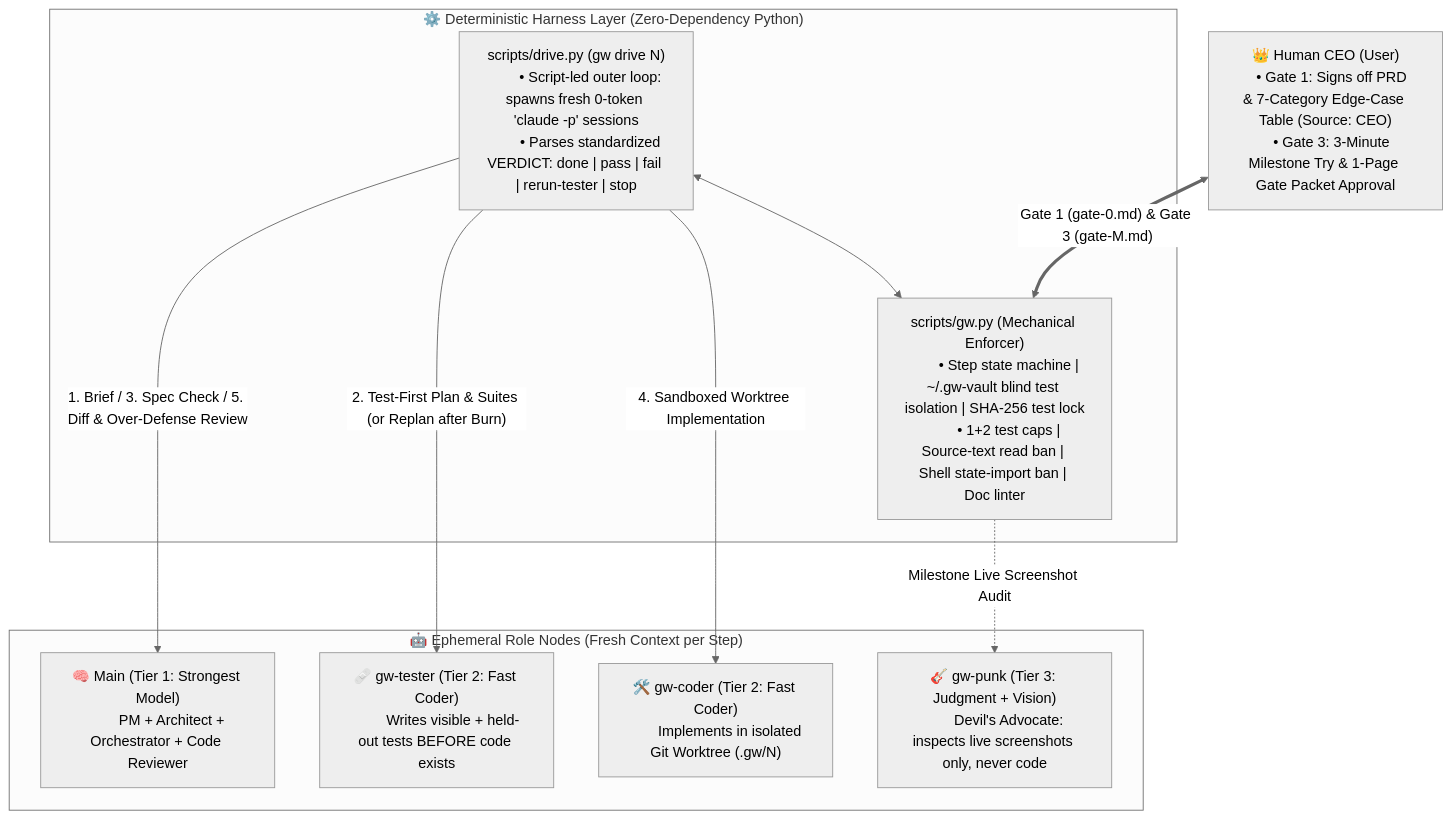
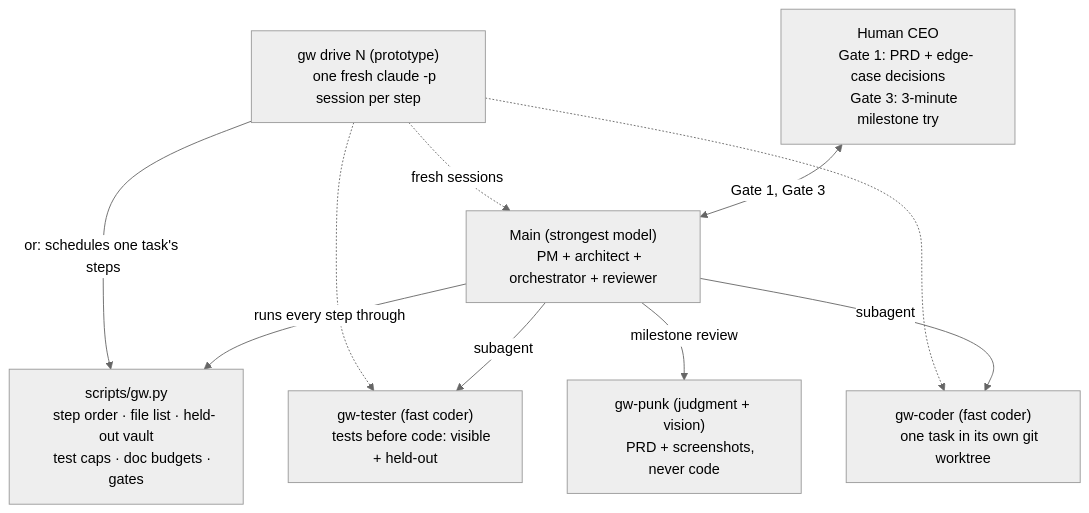
The diagram in README.md (Ramirez0291/graph-workflow), drawn with Mermaid (neutral theme) before and after one commit. The commit also changed other lines of this file and 3 other files, not shown here.

````diff
--- a/README.md
+++ b/README.md
@@ -30,33 +31,29 @@
 ```mermaid
 flowchart TD
-    CEO["👑 Human CEO (User)
-    • Gate 1: Signs off PRD & 7-Category Edge-Case Table (Source: CEO)
-    • Gate 3: 3-Minute Milestone Try & 1-Page Gate Packet Approval"]
+    CEO["Human CEO
+    Gate 1: PRD + edge-case decisions
+    Gate 3: 3-minute milestone try"]
+    Main["Main (strongest model)
+    PM + architect + orchestrator + reviewer"]
+    GW["scripts/gw.py
+    step order · file list · held-out vault
+    test caps · doc budgets · gates"]
+    Drive["gw drive N (prototype)
+    one fresh claude -p session per step"]
+    Tester["gw-tester (fast coder)
+    tests before code: visible + held-out"]
+    Coder["gw-coder (fast coder)
+    one task in its own git worktree"]
+    Punk["gw-punk (judgment + vision)
+    PRD + screenshots, never code"]
 
-    subgraph DeterministicEngine["⚙️ Deterministic Harness Layer (Zero-Dependency Python)"]
-        Drive["scripts/drive.py (gw drive N)
-        • Script-led outer loop: spawns fresh 0-token 'claude -p' sessions
-        • Parses standardized VERDICT: done | pass | fail | rerun-tester | stop"]
-        GW["scripts/gw.py (Mechanical Enforcer)
-        • Step state machine | ~/.gw-vault blind test isolation | SHA-256 test lock
-        • 1+2 test caps | Source-text read ban | Shell state-import ban | Doc linter"]
-    end
-
-    subgraph Agents["🤖 Ephemeral Role Nodes (Fresh Context per Step)"]
-        Main["🧠 Main (Tier 1: Strongest Model)
-        PM + Architect + Orchestrator + Code Reviewer"]
-        Tester["🩹 gw-tester (Tier 2: Fast Coder)
-        Writes visible + held-out tests BEFORE code exists"]
-        Coder["🛠️ gw-coder (Tier 2: Fast Coder)
-        Implements in isolated Git Worktree (<repo>.gw/N)"]
-        Punk["🎸 gw-punk (Tier 3: Judgment + Vision)
-        Devil's Advocate: inspects live screenshots only, never code"]
-    end
-
-    CEO <== "Gate 1 (gate-0.md) & Gate 3 (gate-M.md)" ==> GW
-    Drive <--> GW
-    Drive -- "1. Brief / 3. Spec Check / 5. Diff & Over-Defense Review" --> Main
-    Drive -- "2. Test-First Plan & Suites (or Replan after Burn)" --> Tester
-    Drive -- "4. Sandboxed Worktree Implementation" --> Coder
-    GW -. "Milestone Live Screenshot Audit" .-> Punk
+    CEO <-->|"Gate 1, Gate 3"| Main
+    Main -->|"runs every step through"| GW
+    Main -->|"subagent"| Tester
+    Main -->|"subagent"| Coder
+    Main -->|"milestone review"| Punk
+    Drive -->|"or: schedules one task's steps"| GW
+    Drive -.->|"fresh sessions"| Main
+    Drive -.-> Tester
+    Drive -.-> Coder
 ```
````
